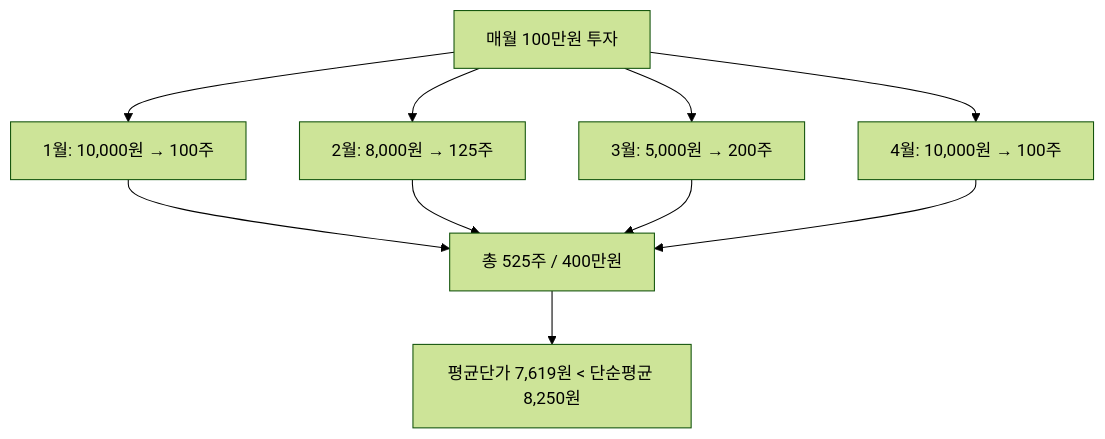
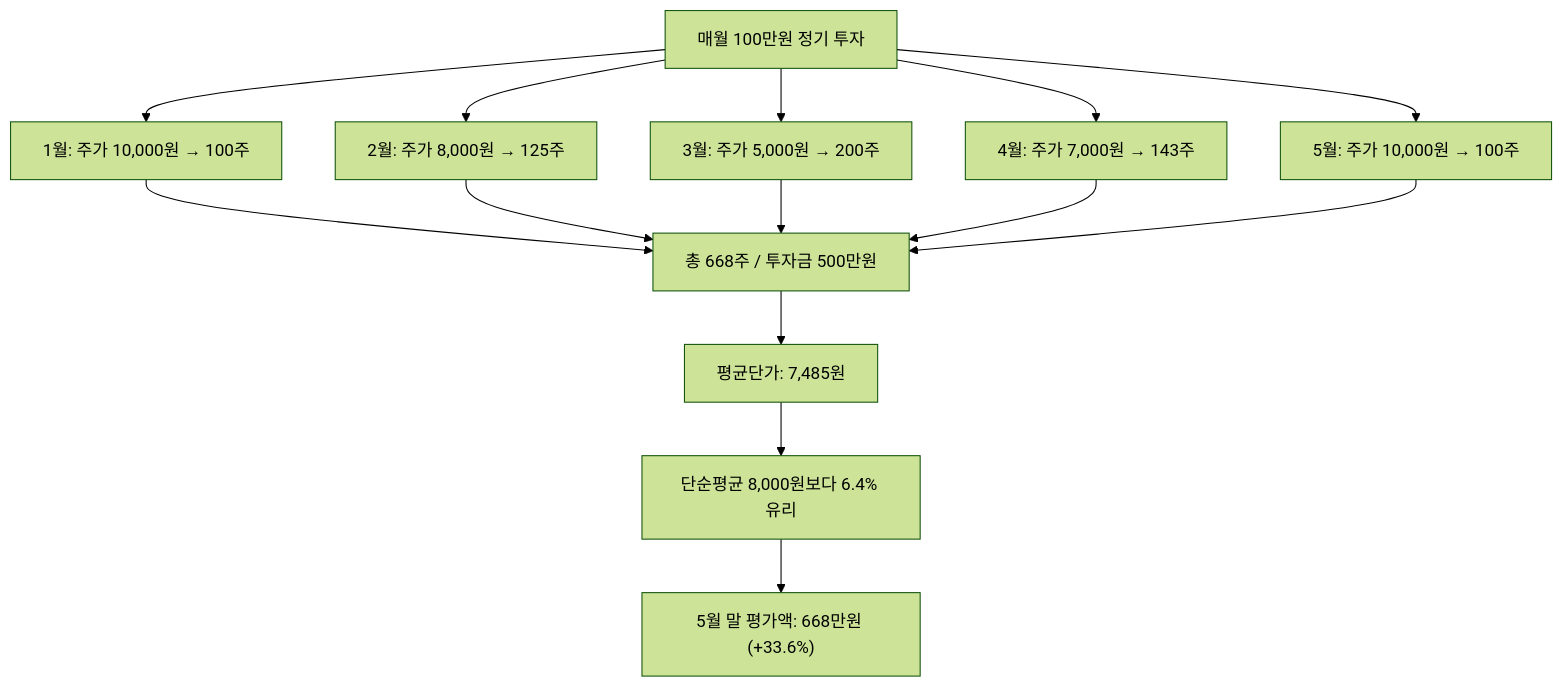
One commit to yeongseon/stock-visual-note changed the diagram in content/stock-terms/ko/level-10-company-analysis/dollar-cost-averaging.md. Above: the diagram before and after it, drawn with Mermaid (forest theme). The commit also changed other lines of this file and 9 other files, not shown here.

Commit message:
content: rewrite level-10 (10 articles) — richer diagrams, realistic scenarios, blog tone

````diff
--- a/content/stock-terms/ko/level-10-company-analysis/dollar-cost-averaging.md
+++ b/content/stock-terms/ko/level-10-company-analysis/dollar-cost-averaging.md
@@ -42,13 +43,17 @@
 ```mermaid
 graph TD
-    A["매월 100만원 투자"]
-    A --> B["1월: 10,000원 → 100주"]
-    A --> C["2월: 8,000원 → 125주"]
-    A --> D["3월: 5,000원 → 200주"]
-    A --> E["4월: 10,000원 → 100주"]
-    B --> F["총 525주 / 400만원"]
-    C --> F
-    D --> F
-    E --> F
-    F --> G["평균단가 7,619원 < 단순평균 8,250원"]
+    A["매월 100만원 정기 투자"]
+    A --> B["1월: 주가 10,000원 → 100주"]
+    A --> C["2월: 주가 8,000원 → 125주"]
+    A --> D["3월: 주가 5,000원 → 200주"]
+    A --> E["4월: 주가 7,000원 → 143주"]
+    A --> F["5월: 주가 10,000원 → 100주"]
+    B --> G["총 668주 / 투자금 500만원"]
+    C --> G
+    D --> G
+    E --> G
+    F --> G
+    G --> H["평균단가: 7,485원"]
+    H --> I["단순평균 8,000원보다 6.4% 유리"]
+    I --> J["5월 말 평가액: 668만원 (+33.6%)"]
 ```
````
